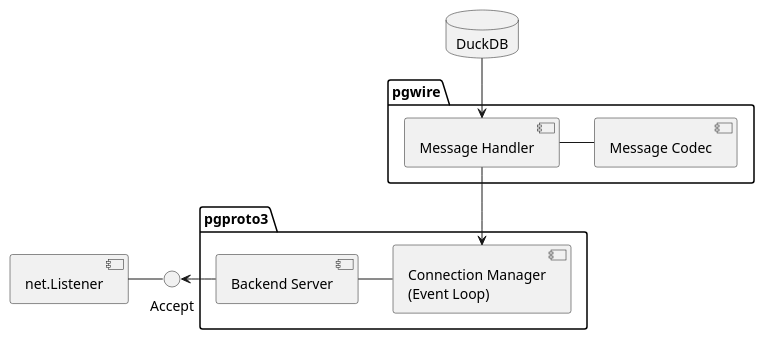
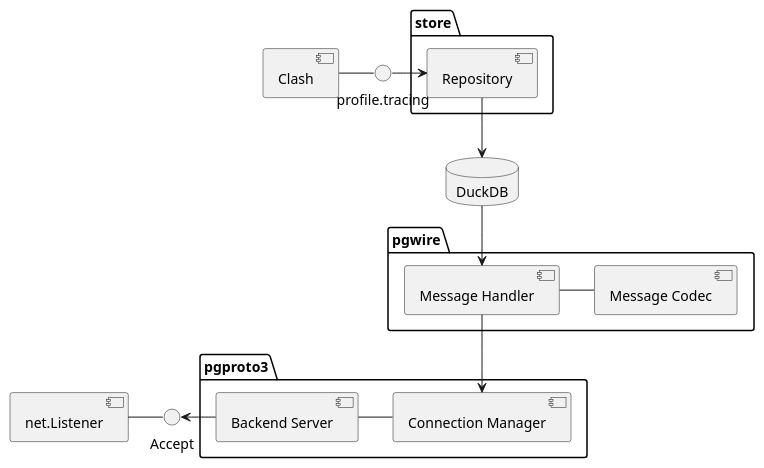
The diagram in docs/component-diagram.puml (fantasticmao/yact), drawn with PlantUML before and after one commit. The commit also changed 15 other files, not shown here.

```diff
--- a/docs/component-diagram.puml
+++ b/docs/component-diagram.puml
@@ -1,29 +1,43 @@
 @startuml
 
+component "Clash" as clash
+
+interface "profile.tracing" as tracing
+
+clash - tracing
+
+package "store" {
+    component "Repository" as repository
+}
+
+tracing -> repository
+
 database "DuckDB" as duckdb
+
+repository --> duckdb
 
 package "pgwire" {
     component "Message Handler" as msg_handler
     component "Message Codec" as msg_codec
     msg_handler - msg_codec
 }
 
 package "pgproto3" {
     component "Backend Server" as backend_server
-    component "Connection Manager\n(Event Loop)" as conn_manager
+    component "Connection Manager" as conn_manager
     backend_server - conn_manager
 }
 
 interface "Accept" as accept
 
 component "net.Listener" as listener
 
 duckdb --> msg_handler
 
 msg_handler --> conn_manager
 
 backend_server -left-> accept
 
 listener - accept
 
 @enduml
```
